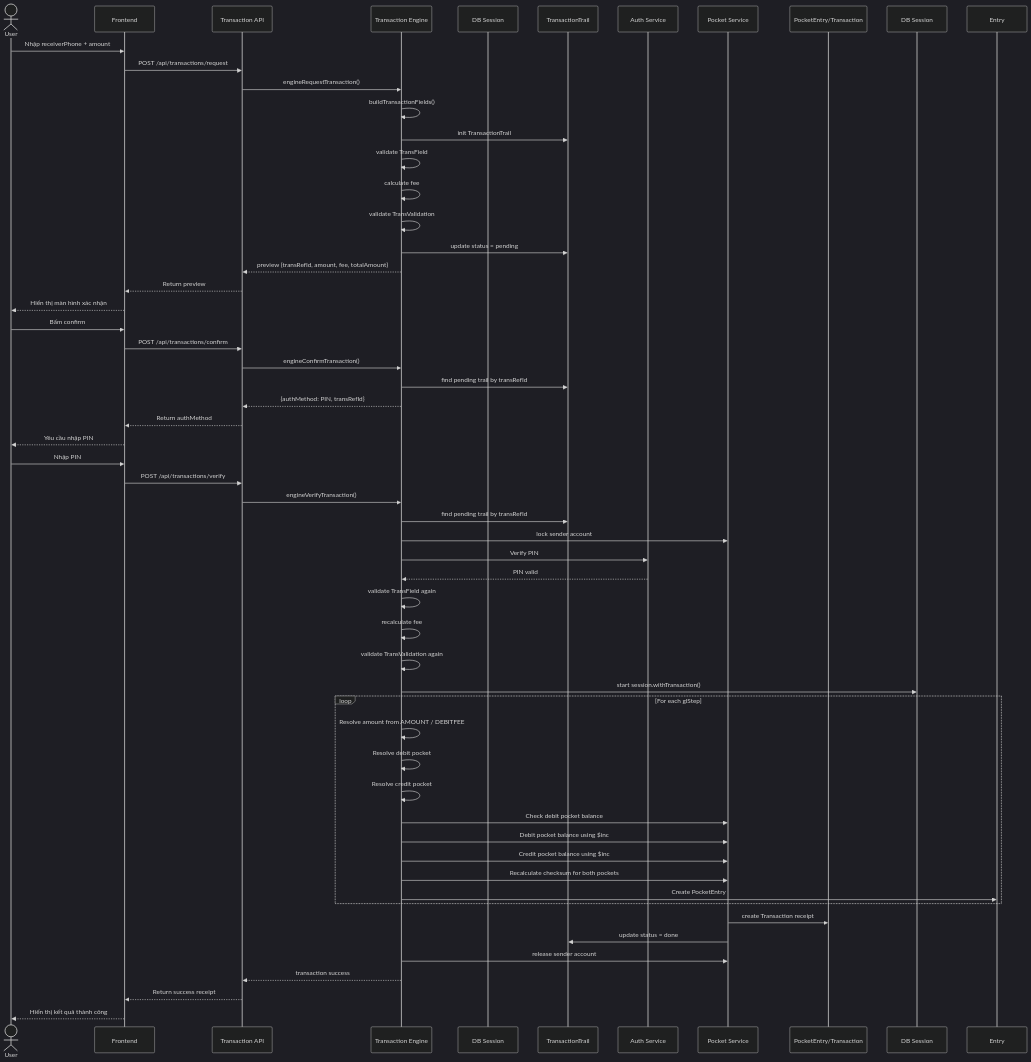
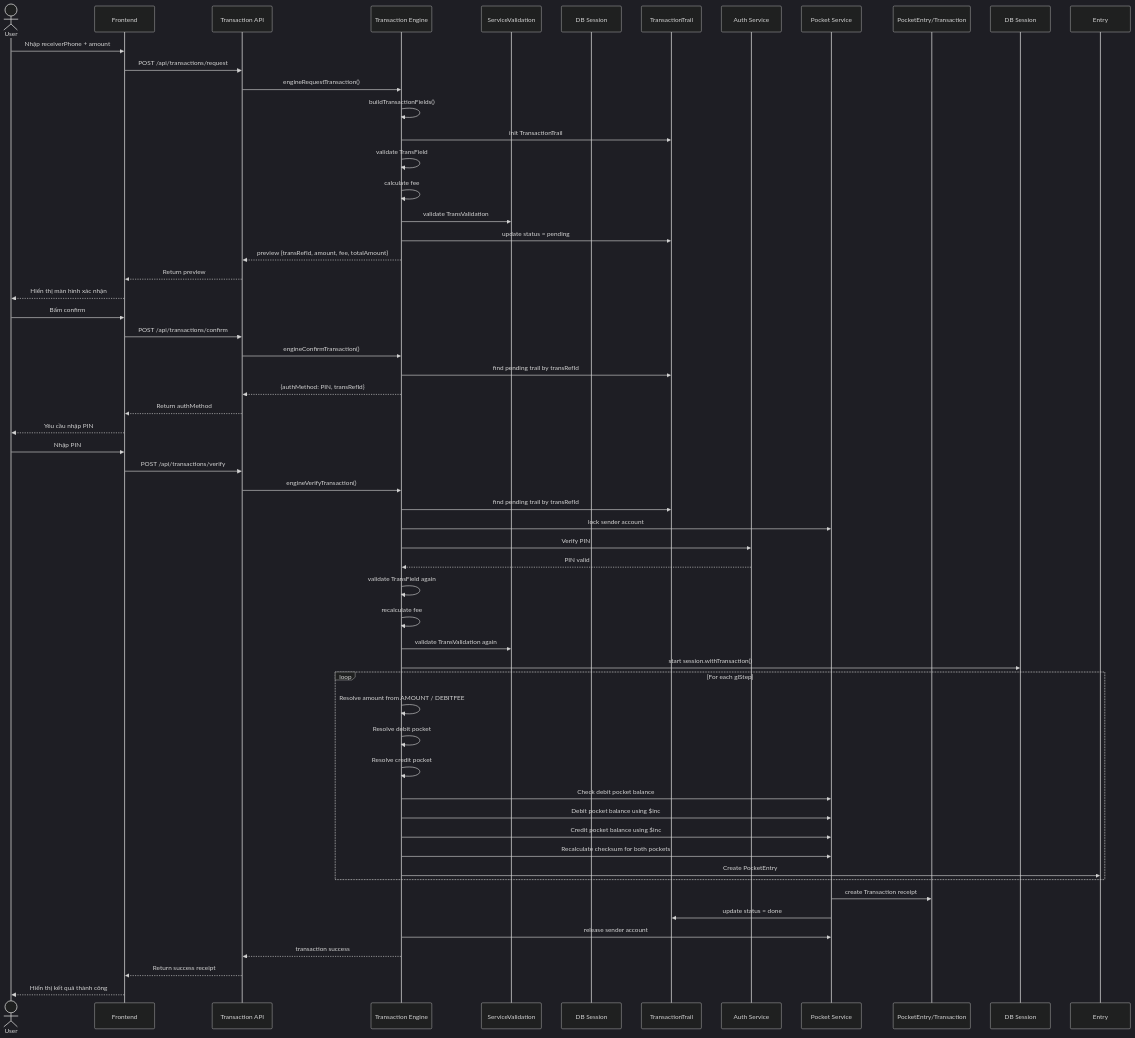
The first of 2 diagrams in docs/sequence_diagram.md (nvha3103/MiniWalletWeek2), drawn with Mermaid (dark theme) before and after one commit. The commit also changed 1 other file, not shown here.

Commit message:
add Validation Library

````diff
--- a/docs/sequence_diagram.md
+++ b/docs/sequence_diagram.md
@@ -5,67 +5,68 @@
 ```mermaid
 sequenceDiagram
     actor User
     participant FE as Frontend
     participant API as Transaction API
     participant Engine as Transaction Engine
+    participant ServiceValidation as ServiceValidation
     participant DB as DB Session
     participant Trail as TransactionTrail
     participant Auth as Auth Service
     participant Pocket as Pocket Service
     participant Ledger as PocketEntry/Transaction
    
 
     User->>FE: Nhập receiverPhone + amount
     FE->>API: POST /api/transactions/request
     API->>Engine: engineRequestTransaction()
     Engine->>Engine: buildTransactionFields()
     Engine->>Trail: init TransactionTrail
     Engine->>Engine: validate TransField
     Engine->>Engine: calculate fee
-    Engine->>Engine: validate TransValidation
+    Engine->> ServiceValidation: validate TransValidation
     Engine->>Trail: update status = pending
     Engine-->>API: preview {transRefId, amount, fee, totalAmount}
     API-->>FE: Return preview
     FE-->>User: Hiển thị màn hình xác nhận
 
     User->>FE: Bấm confirm
     FE->>API: POST /api/transactions/confirm
     API->>Engine: engineConfirmTransaction()
     Engine->>Trail: find pending trail by transRefId
     Engine-->>API: {authMethod: PIN, transRefId}
     API-->>FE: Return authMethod
     FE-->>User: Yêu cầu nhập PIN
 
     User->>FE: Nhập PIN
     FE->>API: POST /api/transactions/verify
     API->>Engine: engineVerifyTransaction()
     Engine->>Trail: find pending trail by transRefId
     Engine->>Pocket: lock sender account
     Engine->>Auth: Verify PIN
     Auth-->>Engine: PIN valid
     Engine->>Engine: validate TransField again
     Engine->>Engine: recalculate fee
-    Engine->>Engine: validate TransValidation again
+    Engine->>ServiceValidation: validate TransValidation again
   
     Engine->>DB Session: start session.withTransaction()
 
     loop For each glStep
         Engine->>Engine: Resolve amount from AMOUNT / DEBITFEE
         Engine->>Engine: Resolve debit pocket
         Engine->>Engine: Resolve credit pocket
         Engine->>Pocket: Check debit pocket balance
         Engine->>Pocket: Debit pocket balance using $inc
         Engine->>Pocket: Credit pocket balance using $inc
         Engine->>Pocket: Recalculate checksum for both pockets
         Engine->>Entry: Create PocketEntry
     end
 
 
    
     Pocket->>Ledger: create Transaction receipt
     Pocket->>Trail: update status = done
     Engine->>Pocket: release sender account
     Engine-->>API: transaction success
     API-->>FE: Return success receipt
     FE-->>User: Hiển thị kết quả thành công
 ```
````
